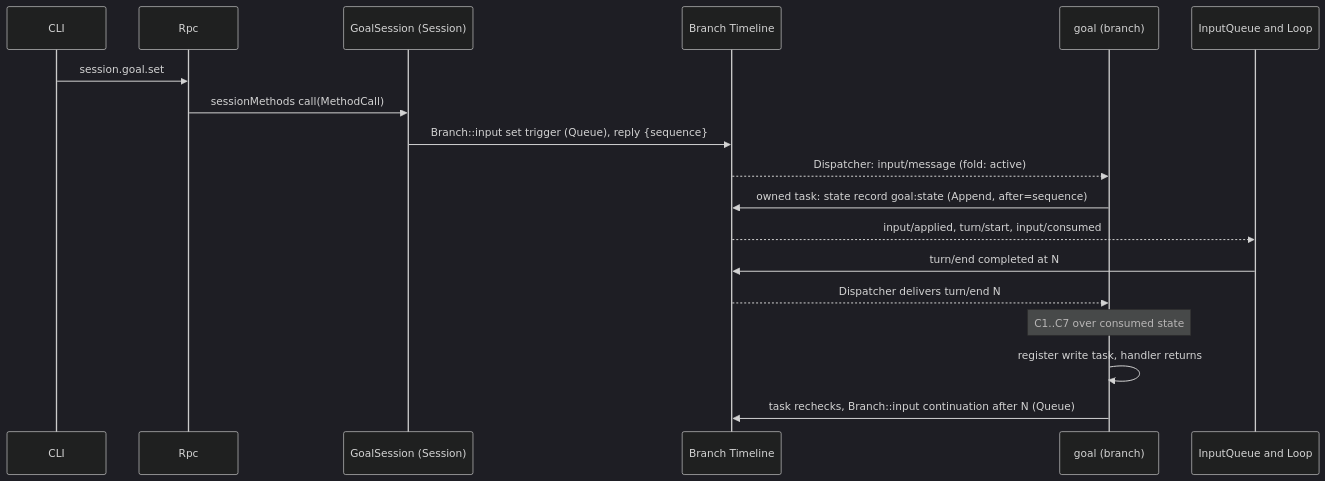
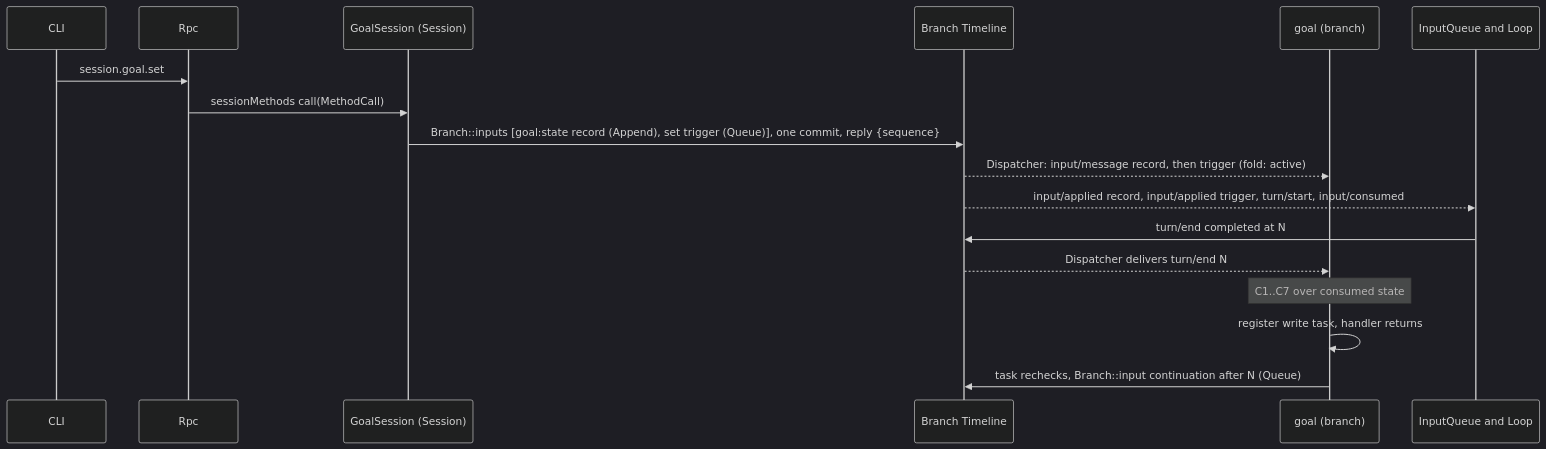
The third of 7 diagrams in docs/design/plugins/Goal.md (CoutinhoTTS/dim-agent), drawn with Mermaid (dark theme) before and after one commit. The commit also changed other lines of this file and 16 other files, not shown here.

````diff
--- a/docs/design/plugins/Goal.md
+++ b/docs/design/plugins/Goal.md
@@ -118,20 +118,19 @@
 ```mermaid
 sequenceDiagram
   participant CLI
   participant Rpc
   participant GS as GoalSession (Session)
   participant TL as Branch Timeline
   participant G as goal (branch)
   participant IQ as InputQueue and Loop
   CLI->>Rpc: session.goal.set
   Rpc->>GS: sessionMethods call(MethodCall)
-  GS->>TL: Branch::input set trigger (Queue), reply {sequence}
-  TL-->>G: Dispatcher: input/message (fold: active)
-  G->>TL: owned task: state record goal:state (Append, after=sequence)
-  TL-->>IQ: input/applied, turn/start, input/consumed
+  GS->>TL: Branch::inputs [goal:state record (Append), set trigger (Queue)], one commit, reply {sequence}
+  TL-->>G: Dispatcher: input/message record, then trigger (fold: active)
+  TL-->>IQ: input/applied record, input/applied trigger, turn/start, input/consumed
   IQ->>TL: turn/end completed at N
   TL-->>G: Dispatcher delivers turn/end N
   Note over G: C1..C7 over consumed state
   G->>G: register write task, handler returns
   G->>TL: task rechecks, Branch::input continuation after N (Queue)
 ```
````
